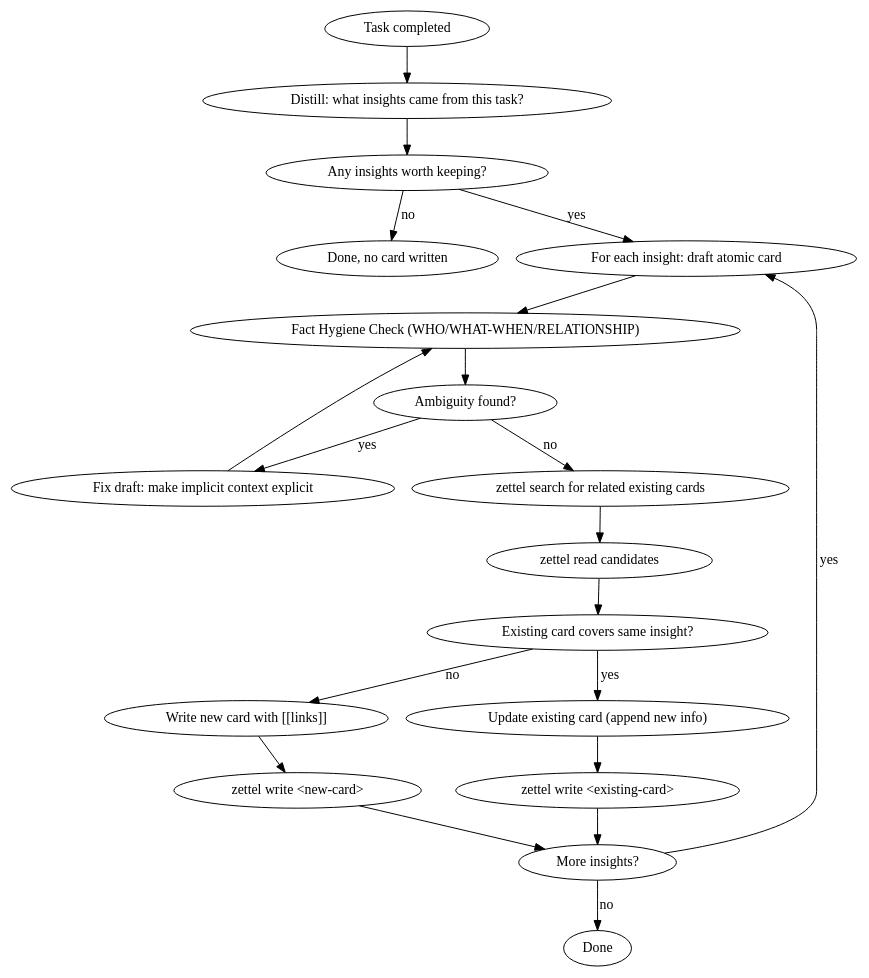
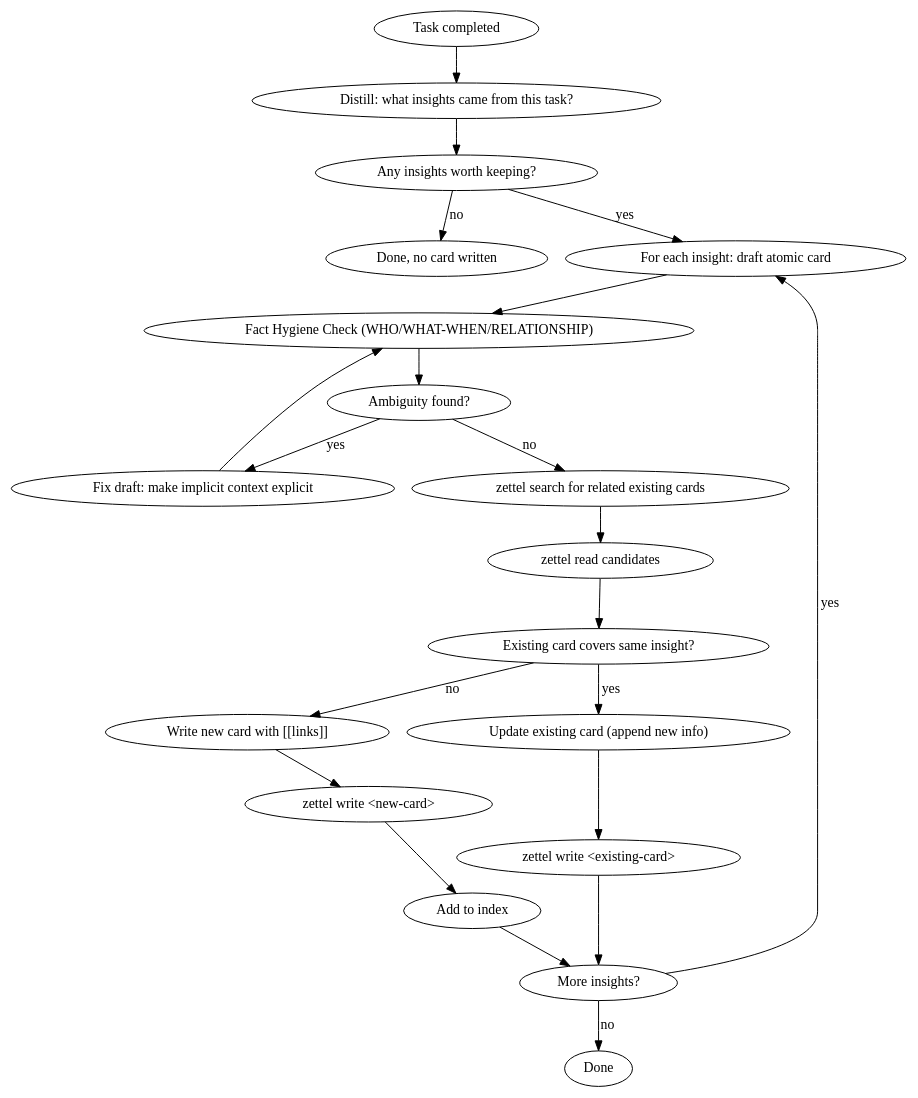
The diagram in skills/zettel-retro/SKILL.md (rickdgeerling/zettel), drawn with Graphviz before and after one commit. The commit also changed other lines of this file and 2 other files, not shown here.

Commit message:
fix(skills): always add to index

````diff
--- a/skills/zettel-retro/SKILL.md
+++ b/skills/zettel-retro/SKILL.md
@@ -25,23 +25,24 @@
 ```dot
 digraph retro {
     "Task completed" -> "Distill: what insights came from this task?";
     "Distill: what insights came from this task?" -> "Any insights worth keeping?" [shape=diamond];
     "Any insights worth keeping?" -> "Done, no card written" [label="no"];
     "Any insights worth keeping?" -> "For each insight: draft atomic card" [label="yes"];
     "For each insight: draft atomic card" -> "Fact Hygiene Check (WHO/WHAT-WHEN/RELATIONSHIP)";
     "Fact Hygiene Check (WHO/WHAT-WHEN/RELATIONSHIP)" -> "Ambiguity found?" [shape=diamond];
     "Ambiguity found?" -> "Fix draft: make implicit context explicit" [label="yes"];
     "Fix draft: make implicit context explicit" -> "Fact Hygiene Check (WHO/WHAT-WHEN/RELATIONSHIP)";
     "Ambiguity found?" -> "zettel search for related existing cards" [label="no"];
     "zettel search for related existing cards" -> "zettel read candidates";
     "zettel read candidates" -> "Existing card covers same insight?" [shape=diamond];
     "Existing card covers same insight?" -> "Update existing card (append new info)" [label="yes"];
     "Existing card covers same insight?" -> "Write new card with [[links]]" [label="no"];
     "Update existing card (append new info)" -> "zettel write <existing-card>";
     "Write new card with [[links]]" -> "zettel write <new-card>";
     "zettel write <existing-card>" -> "More insights?" [shape=diamond];
-    "zettel write <new-card>" -> "More insights?" [shape=diamond];
+    "zettel write <new-card>" -> "Add to index";
+    "Add to index" -> "More insights?" [shape=diamond];
     "More insights?" -> "For each insight: draft atomic card" [label="yes"];
     "More insights?" -> "Done" [label="no"];
 }
 ```
````
